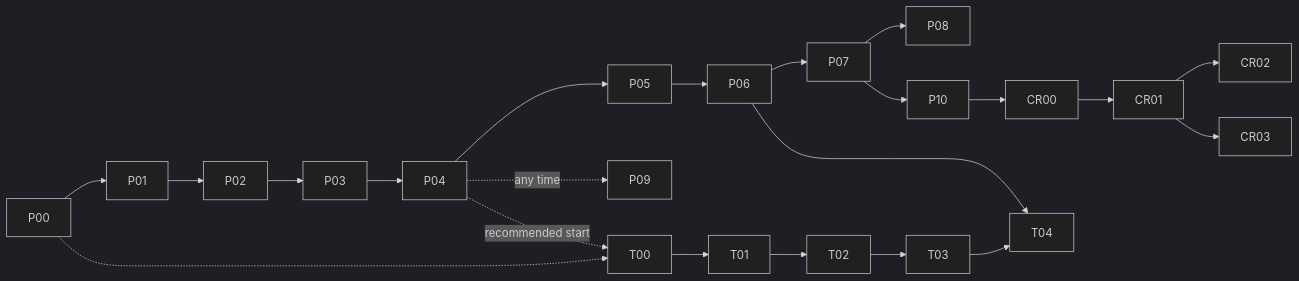
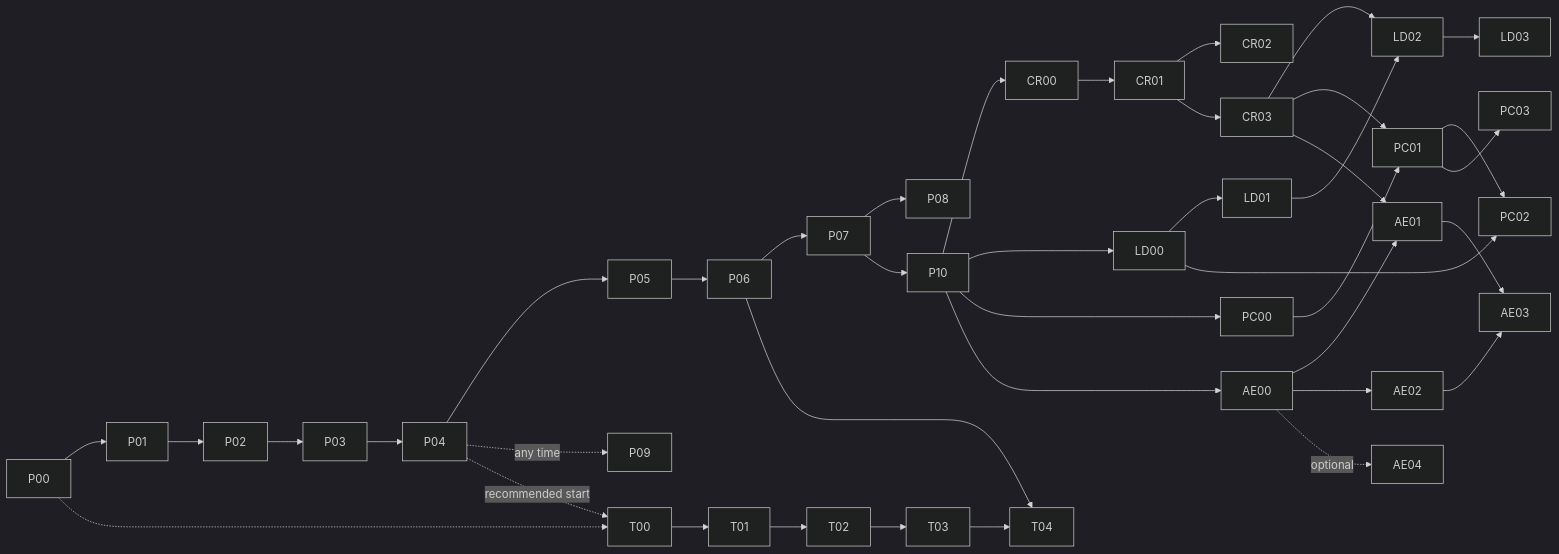
One commit to RishiJain905/NFL-ML-AI changed the diagram in documentation/plans/README.md. Above: the diagram before and after it, drawn with Mermaid (dark theme). The commit also changed other lines of this file and 25 other files, not shown here.

````diff
--- a/documentation/plans/README.md
+++ b/documentation/plans/README.md
@@ -34,12 +53,22 @@
 ```mermaid
 flowchart LR
     P00 --> P01 --> P02 --> P03 --> P04 --> P05 --> P06 --> P07 --> P08
     P04 -.any time.-> P09
     P07 --> P10
     P10 --> CR00 --> CR01 --> CR02
     CR01 --> CR03
+    P10 --> LD00 --> LD01 --> LD02 --> LD03
+    CR03 --> LD02
+    P10 --> PC00 --> PC01 --> PC02
+    PC01 --> PC03
+    LD00 --> PC02
+    CR03 --> PC01
+    P10 --> AE00 --> AE01 --> AE03
+    AE00 --> AE02 --> AE03
+    AE00 -.optional.-> AE04
+    CR03 --> AE01
     P00 -.-> T00
     P04 -.recommended start.-> T00
     T00 --> T01 --> T02 --> T03 --> T04
     P06 --> T04
 ```
````
